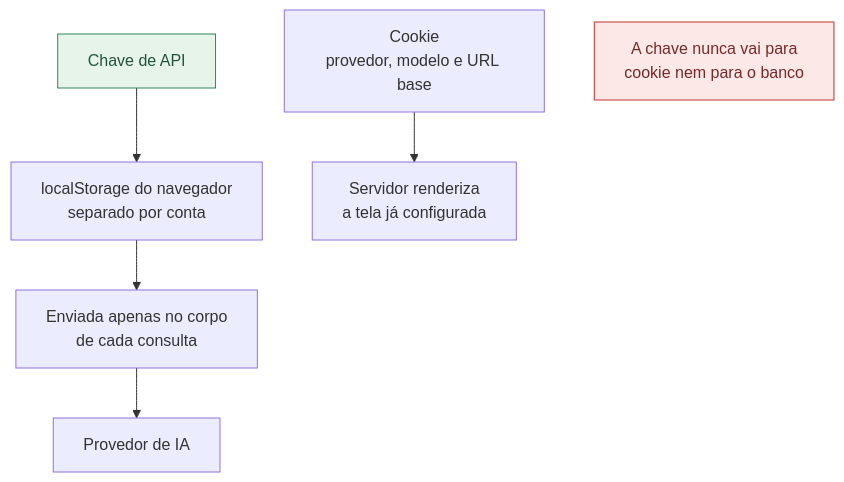
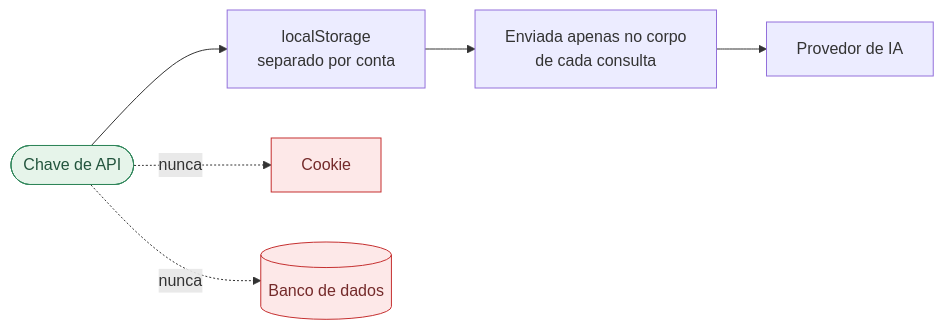
The fourth of 9 diagrams in README.md (henji-ware/erp), drawn with Mermaid before and after one commit. The commit also changed other lines of this file, not shown here.

Commit message:
docs: substituir as artes em ASCII por recursos nativos do GitHub

````diff
--- a/README.md
+++ b/README.md
@@ -138,13 +207,13 @@
 ```mermaid
-flowchart TD
-    K["Chave de API"] --> LS["localStorage do navegador<br/>separado por conta"]
+flowchart LR
+    K(["Chave de API"]) --> LS["localStorage<br/>separado por conta"]
     LS --> REQ["Enviada apenas no corpo<br/>de cada consulta"]
-    REQ --> PROV["Provedor de IA"]
+    REQ --> P["Provedor de IA"]
 
-    CK["Cookie<br/>provedor, modelo e URL base"] --> SRV["Servidor renderiza<br/>a tela já configurada"]
+    K -.->|nunca| X1["Cookie"]
+    K -.->|nunca| X2[("Banco de dados")]
 
-    NAO["A chave nunca vai para<br/>cookie nem para o banco"]
-
-    style NAO fill:#fde8e8,stroke:#c53030,color:#742a2a
     style K fill:#e6f4ea,stroke:#2f855a,color:#22543d
+    style X1 fill:#fde8e8,stroke:#c53030,color:#742a2a
+    style X2 fill:#fde8e8,stroke:#c53030,color:#742a2a
 ```
````
